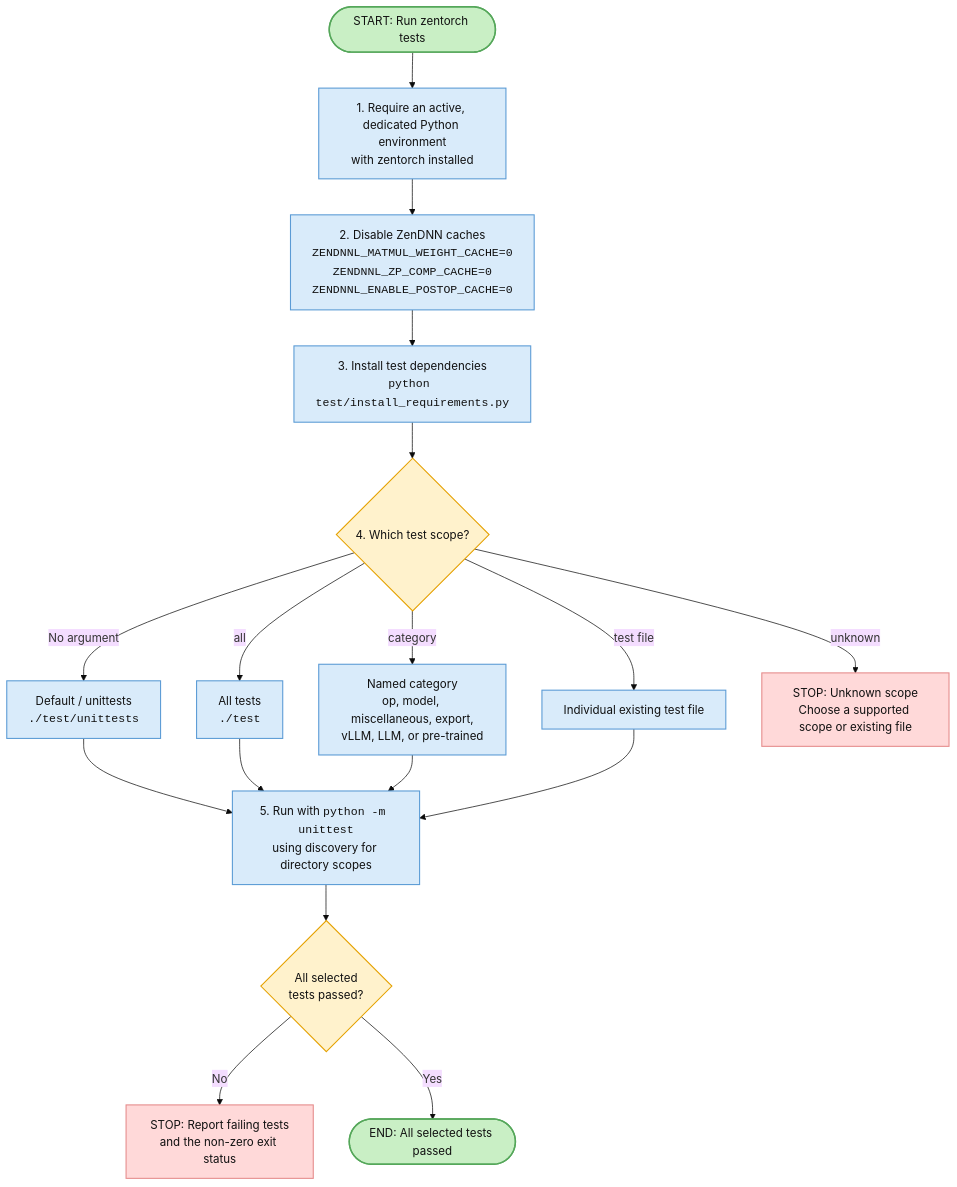
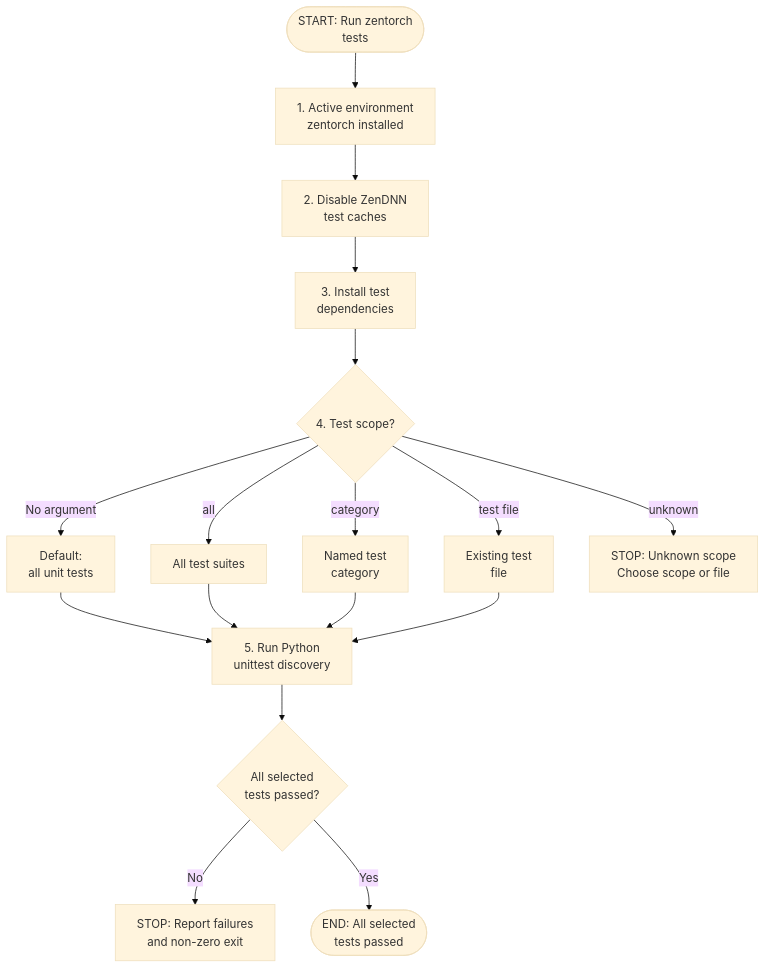
The diagram in .claude/skills/run-tests/zentorch-test-flow.md (amd/ZenDNN-pytorch-plugin), drawn with Mermaid (base theme) before and after one commit. The commit also changed other lines of this file and 1 other file, not shown here.

Commit message:
[ZENTORCH CORE] Fix Mermaid flowchart labels

````diff
--- a/.claude/skills/run-tests/zentorch-test-flow.md
+++ b/.claude/skills/run-tests/zentorch-test-flow.md
@@ -7,37 +21,27 @@
 ```mermaid
 flowchart TD
-    start([START: Run zentorch tests])
-    env["1. Require an active, dedicated Python environment<br/>with zentorch installed"]
-    cache["2. Disable ZenDNN caches<br/><code>ZENDNNL_MATMUL_WEIGHT_CACHE=0</code><br/><code>ZENDNNL_ZP_COMP_CACHE=0</code><br/><code>ZENDNNL_ENABLE_POSTOP_CACHE=0</code>"]
-    deps["3. Install test dependencies<br/><code>python test/install_requirements.py</code>"]
-    scope{"4. Which test scope?"}
-    default["Default / unittests<br/><code>./test/unittests</code>"]
-    all["All tests<br/><code>./test</code>"]
-    category["Named category<br/>op, model, miscellaneous, export,<br/>vLLM, LLM, or pre-trained"]
-    file["Individual existing test file"]
-    invalid["STOP: Unknown scope<br/>Choose a supported scope or existing file"]
-    run["5. Run with <code>python -m unittest</code><br/>using discovery for directory scopes"]
+    start(["START: Run zentorch<br/>tests"])
+    env["1. Active environment<br/>zentorch installed"]
+    cache["2. Disable ZenDNN<br/>test caches"]
+    deps["3. Install test<br/>dependencies"]
+    scope{"4. Test scope?"}
+    default["Default:<br/>all unit tests"]
+    all["All test suites"]
+    category["Named test<br/>category"]
+    file["Existing test<br/>file"]
+    invalid["STOP: Unknown scope<br/>Choose scope or file"]
+    run["5. Run Python<br/>unittest discovery"]
     passed{"All selected<br/>tests passed?"}
-    failed["STOP: Report failing tests<br/>and the non-zero exit status"]
-    done([END: All selected tests passed])
+    failed["STOP: Report failures<br/>and non-zero exit"]
+    done(["END: All selected<br/>tests passed"])
 
     start --> env --> cache --> deps --> scope
     scope -- No argument --> default --> run
     scope -- all --> all --> run
     scope -- category --> category --> run
     scope -- test file --> file --> run
     scope -- unknown --> invalid
     run --> passed
     passed -- No --> failed
     passed -- Yes --> done
-
-    classDef terminal fill:#c9efc5,stroke:#55a75a,stroke-width:2px,color:#111;
-    classDef action fill:#d9ebfa,stroke:#5b9bd5,stroke-width:1.5px,color:#111;
-    classDef decision fill:#fff2cc,stroke:#e5a100,stroke-width:1.5px,color:#111;
-    classDef stop fill:#ffd9d9,stroke:#e58c8c,stroke-width:1.5px,color:#111;
-
-    class start,done terminal;
-    class env,cache,deps,default,all,category,file,run action;
-    class scope,passed decision;
-    class invalid,failed stop;
 ```
````
